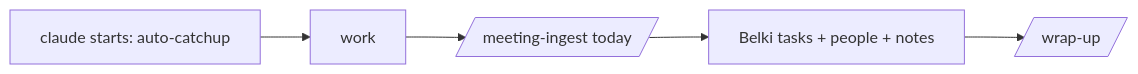
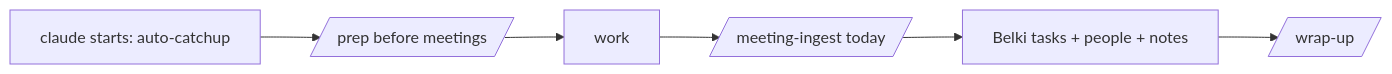
One commit to projectsofwill/claude-os-starter changed the diagram in work-kit/README.md. Above: the diagram before and after it, drawn with Mermaid. The commit also changed other lines of this file and 48 other files, not shown here.

Commit message:
work-kit: analysis tie-out, saved queries, change log, /prep; drop five optional mods

````diff
--- a/work-kit/README.md
+++ b/work-kit/README.md
@@ -59,7 +66,8 @@
 ```mermaid
 flowchart LR
-  A[claude starts: auto-catchup] --> B[work]
+  A[claude starts: auto-catchup] --> P[/prep before meetings/]
+  P --> B[work]
   B --> C[/meeting-ingest today/]
   C --> D[Belki tasks + people + notes]
   D --> E[/wrap-up/]
 ```
````
